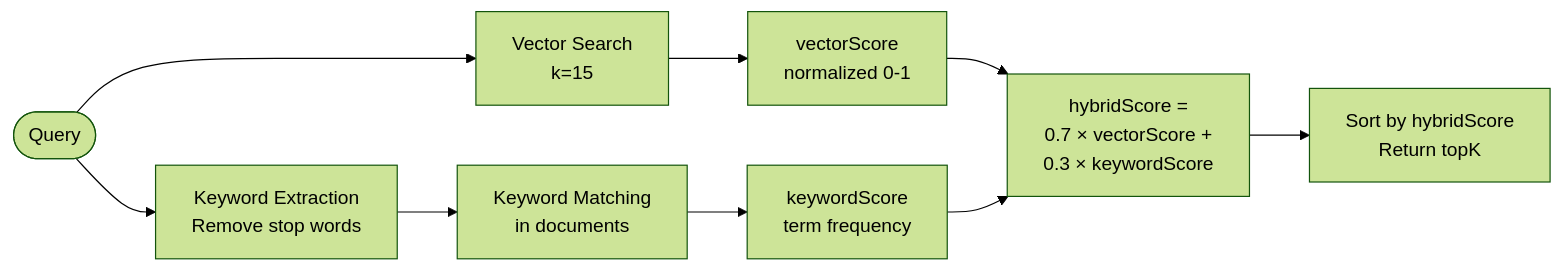
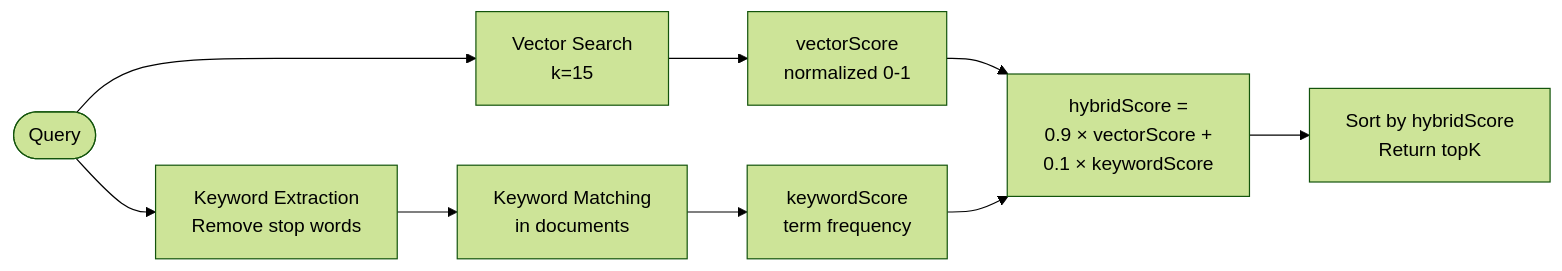
Before and after one commit to hyorman/RAGnarok: the eighth of 16 diagrams in ARCHITECTURE.md, drawn with Mermaid (forest theme). The commit also changed other lines of this file and 88 other files, not shown here.

First line of the commit message:
feat: knowledge graph, standalone memory, cross-encoder reranking, and benchmarks

````diff
--- a/ARCHITECTURE.md
+++ b/ARCHITECTURE.md
@@ -568,14 +577,14 @@
 ```mermaid
 flowchart LR
     Q([Query]) --> VS[Vector Search<br/>k=15]
     Q --> KE[Keyword Extraction<br/>Remove stop words]
 
     VS --> VSCORE[vectorScore<br/>normalized 0-1]
     KE --> KMATCH[Keyword Matching<br/>in documents]
     KMATCH --> KSCORE[keywordScore<br/>term frequency]
 
-    VSCORE --> FUSION["hybridScore =<br/>0.7 × vectorScore +<br/>0.3 × keywordScore"]
+    VSCORE --> FUSION["hybridScore =<br/>0.9 × vectorScore +<br/>0.1 × keywordScore"]
     KSCORE --> FUSION
 
     FUSION --> RANK[Sort by hybridScore<br/>Return topK]
 ```
````
